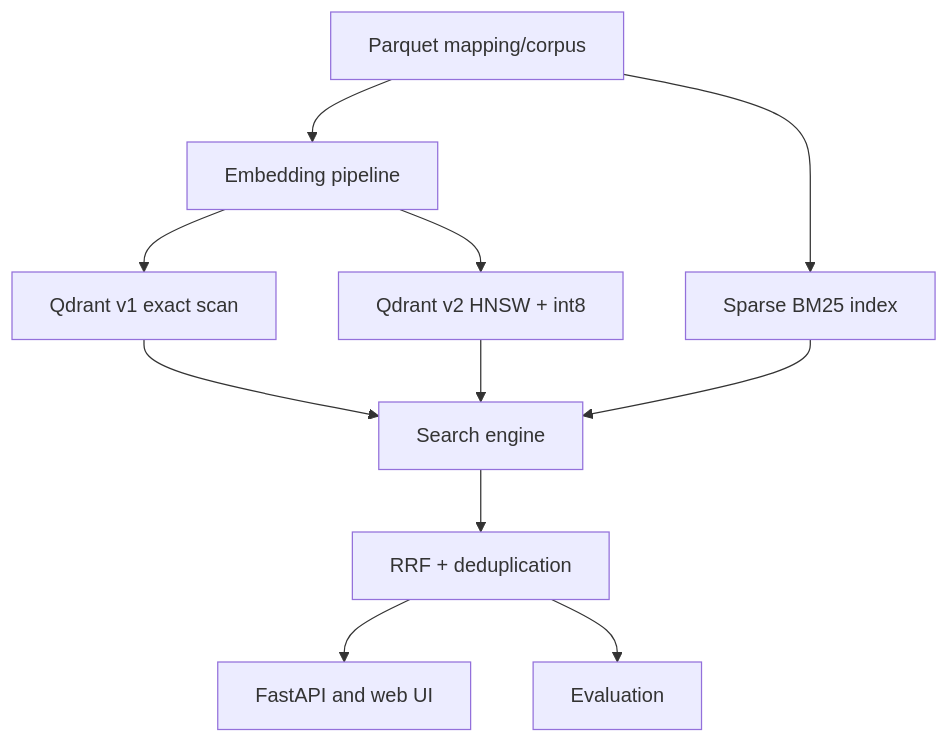
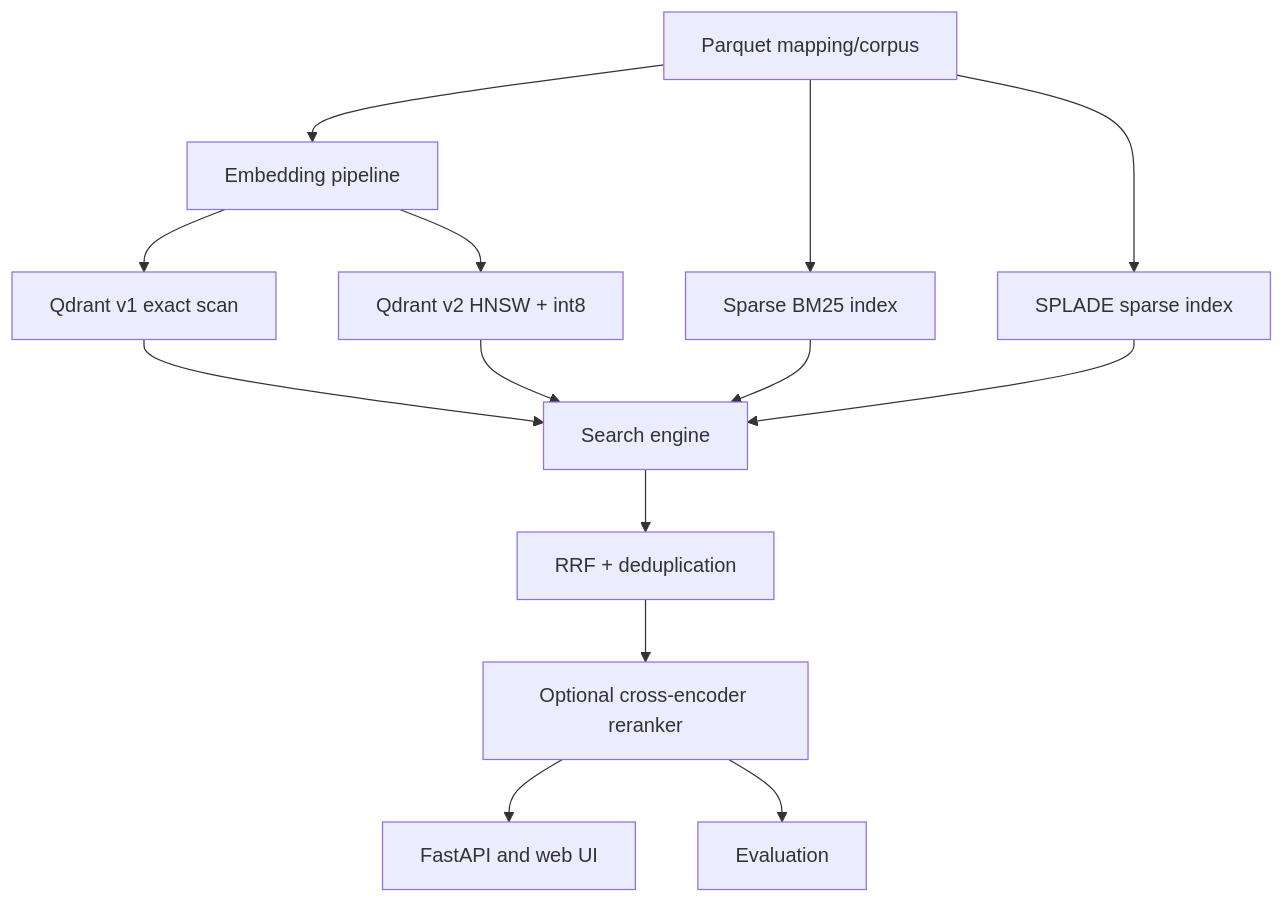
The diagram in backend and frontend/docs/architecture.md (Brevolg/NeedleInArXiv), drawn with Mermaid before and after one commit. The commit also changed other lines of this file and 50 other files, not shown here.

````diff
--- a/backend and frontend/docs/architecture.md
+++ b/backend and frontend/docs/architecture.md
@@ -3,13 +3,16 @@
 ```mermaid
 flowchart TD
     A[Parquet mapping/corpus] --> B[Embedding pipeline]
     B --> C1[Qdrant v1 exact scan]
     B --> C2[Qdrant v2 HNSW + int8]
     A --> D[Sparse BM25 index]
+    A --> S[SPLADE sparse index]
     C1 --> E[Search engine]
     C2 --> E
     D --> E
+    S --> E
     E --> F[RRF + deduplication]
-    F --> G[FastAPI and web UI]
-    F --> H[Evaluation]
+    F --> R[Optional cross-encoder reranker]
+    R --> G[FastAPI and web UI]
+    R --> H[Evaluation]
 ```
````
